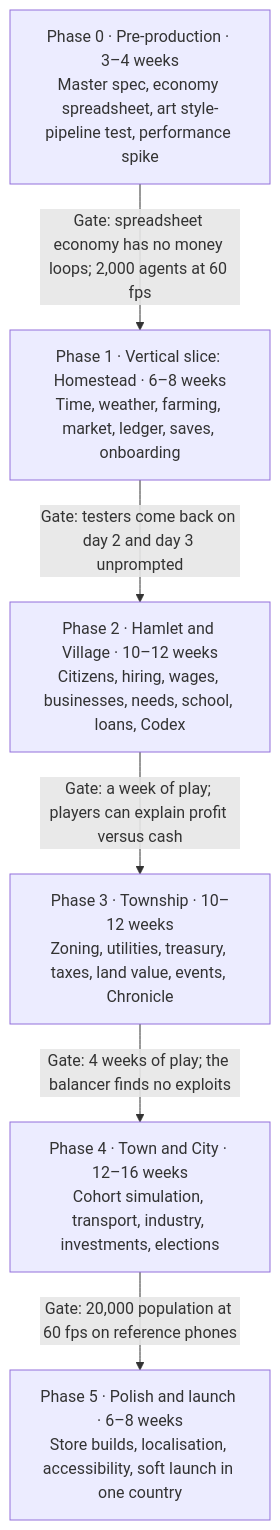
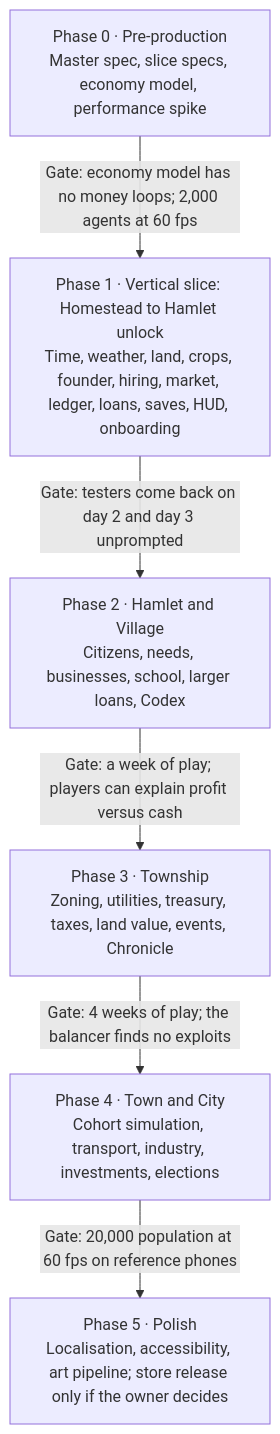
Before and after one commit to patel-keyur-18/farm-to-city: the second of 2 diagrams in docs/GDD.md, drawn with Mermaid. The commit also changed other lines of this file and 1 other file, not shown here.

First line of the commit message:
docs: set Phase 1 scope and code-first implementation model (ADR 0017)

````diff
--- a/docs/GDD.md
+++ b/docs/GDD.md
@@ -973,15 +991,15 @@
 ```mermaid
 flowchart TB
-    P0["Phase 0 · Pre-production · 3–4 weeks<br/>Master spec, economy spreadsheet, art style-pipeline test, performance spike"]
-    P1["Phase 1 · Vertical slice: Homestead · 6–8 weeks<br/>Time, weather, farming, market, ledger, saves, onboarding"]
-    P2["Phase 2 · Hamlet and Village · 10–12 weeks<br/>Citizens, hiring, wages, businesses, needs, school, loans, Codex"]
-    P3["Phase 3 · Township · 10–12 weeks<br/>Zoning, utilities, treasury, taxes, land value, events, Chronicle"]
-    P4["Phase 4 · Town and City · 12–16 weeks<br/>Cohort simulation, transport, industry, investments, elections"]
-    P5["Phase 5 · Polish and launch · 6–8 weeks<br/>Store builds, localisation, accessibility, soft launch in one country"]
+    P0["Phase 0 · Pre-production<br/>Master spec, slice specs, economy model, performance spike"]
+    P1["Phase 1 · Vertical slice: Homestead to Hamlet unlock<br/>Time, weather, land, crops, founder, hiring, market, ledger, loans, saves, HUD, onboarding"]
+    P2["Phase 2 · Hamlet and Village<br/>Citizens, needs, businesses, school, larger loans, Codex"]
+    P3["Phase 3 · Township<br/>Zoning, utilities, treasury, taxes, land value, events, Chronicle"]
+    P4["Phase 4 · Town and City<br/>Cohort simulation, transport, industry, investments, elections"]
+    P5["Phase 5 · Polish<br/>Localisation, accessibility, art pipeline; store release only if the owner decides"]
 
-    P0 -->|"Gate: spreadsheet economy has no money loops; 2,000 agents at 60 fps"| P1
+    P0 -->|"Gate: economy model has no money loops; 2,000 agents at 60 fps"| P1
     P1 -->|"Gate: testers come back on day 2 and day 3 unprompted"| P2
     P2 -->|"Gate: a week of play; players can explain profit versus cash"| P3
     P3 -->|"Gate: 4 weeks of play; the balancer finds no exploits"| P4
     P4 -->|"Gate: 20,000 population at 60 fps on reference phones"| P5
 ```
````
